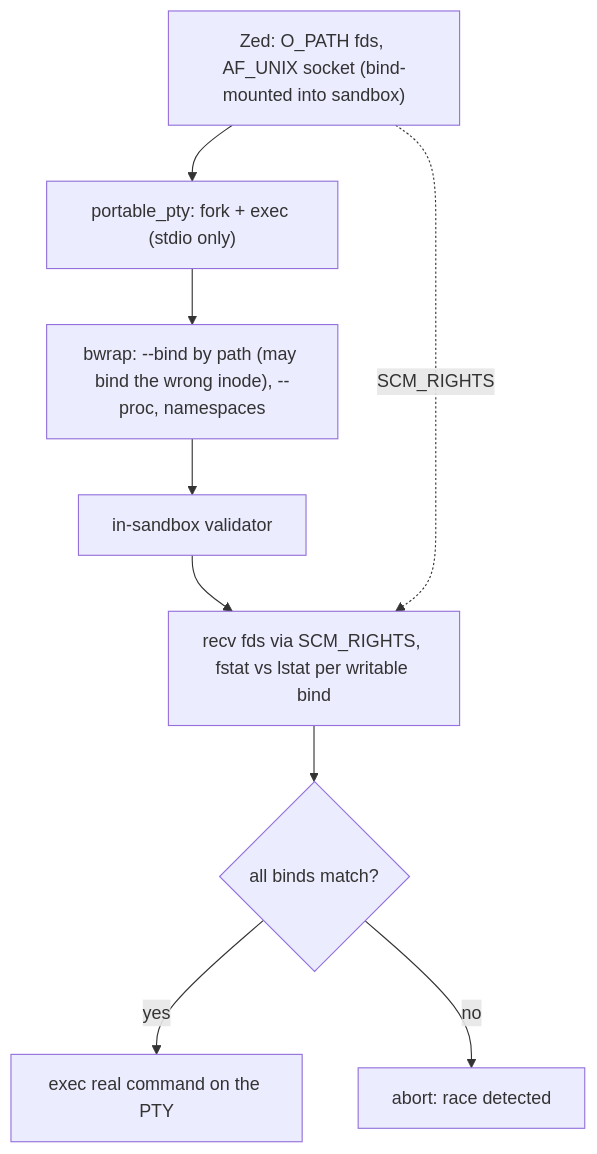
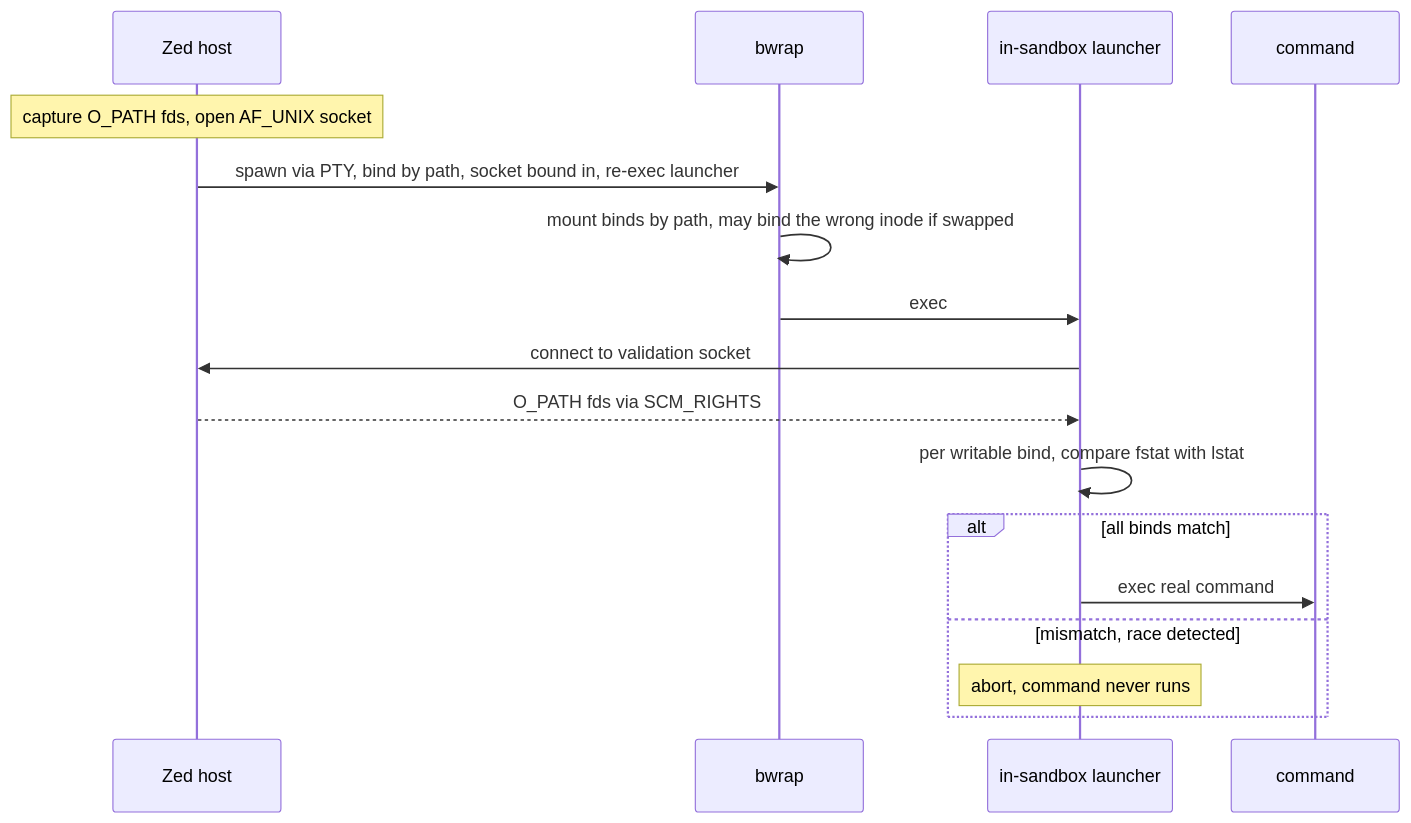
The third of 4 diagrams in crates/sandbox/README.md (zed-industries/zed), drawn with Mermaid before and after one commit. The commit also changed other lines of this file, not shown here.

````diff
--- a/crates/sandbox/README.md
+++ b/crates/sandbox/README.md
@@ -194,15 +182,20 @@
 ```mermaid
-flowchart TD
-    Zed["Zed: O_PATH fds, AF_UNIX socket (bind-mounted into sandbox)"]
-    PTY["portable_pty: fork + exec (stdio only)"]
-    Bwrap["bwrap: --bind by path (may bind the wrong inode), --proc, namespaces"]
-    Val["in-sandbox validator"]
-    Recv["recv fds via SCM_RIGHTS, fstat vs lstat per writable bind"]
-    Cmd["exec real command on the PTY"]
-    Die["abort: race detected"]
+sequenceDiagram
+    participant Zed as Zed host
+    participant Bwrap as bwrap
+    participant Launcher as in-sandbox launcher
+    participant Cmd as command
 
-    Zed --> PTY --> Bwrap --> Val --> Recv --> Cmp{"all binds match?"}
-    Zed -. SCM_RIGHTS .-> Recv
-    Cmp -->|yes| Cmd
-    Cmp -->|no| Die
+    Note over Zed: capture O_PATH fds, open AF_UNIX socket
+    Zed->>Bwrap: spawn via PTY, bind by path, socket bound in, re-exec launcher
+    Bwrap->>Bwrap: mount binds by path, may bind the wrong inode if swapped
+    Bwrap->>Launcher: exec
+    Launcher->>Zed: connect to validation socket
+    Zed-->>Launcher: O_PATH fds via SCM_RIGHTS
+    Launcher->>Launcher: per writable bind, compare fstat with lstat
+    alt all binds match
+        Launcher->>Cmd: exec real command
+    else mismatch, race detected
+        Note over Launcher: abort, command never runs
+    end
 ```
````
